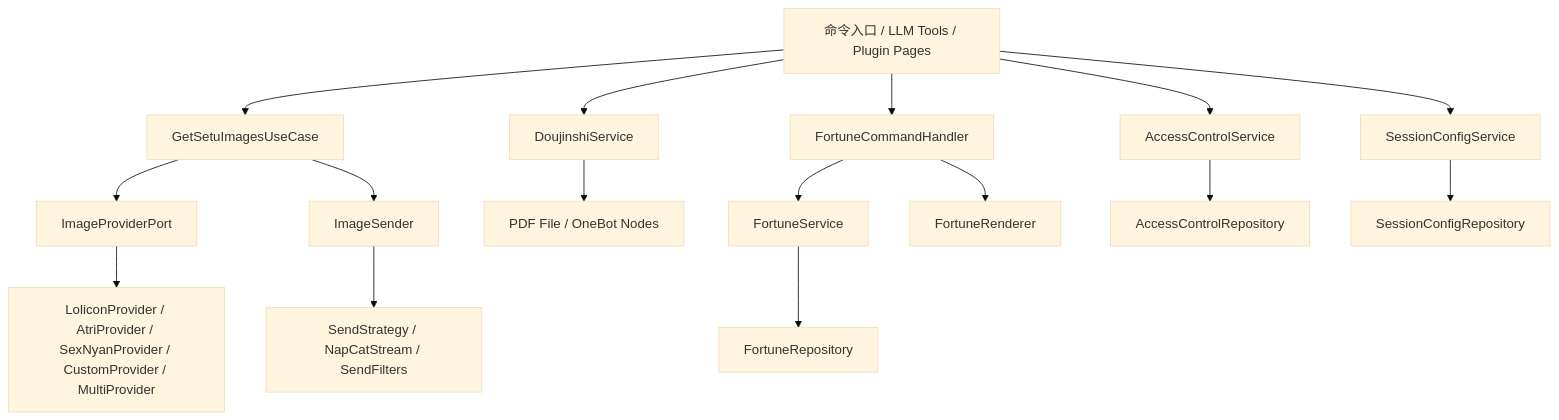
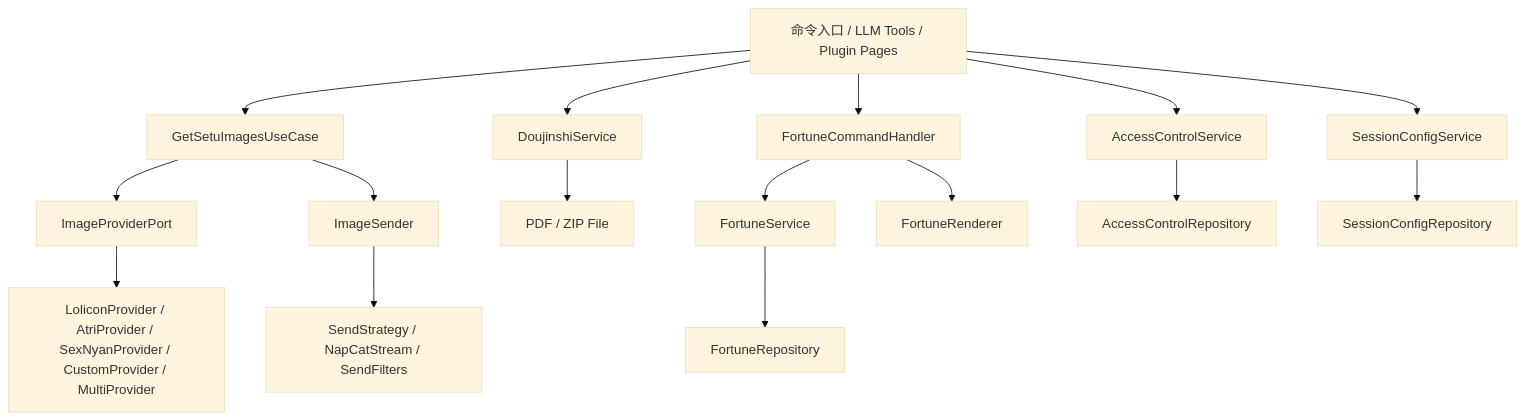
One commit to FlanChanXwO/astrbot_plugin_setu changed the diagram in docs/project/architecture.md. Above: the diagram before and after it, drawn with Mermaid (base theme). The commit also changed other lines of this file and 24 other files, not shown here.

````diff
--- a/docs/project/architecture.md
+++ b/docs/project/architecture.md
@@ -80,22 +80,22 @@
 ```mermaid
 flowchart TD
   A["命令入口 / LLM Tools / Plugin Pages"] --> B["GetSetuImagesUseCase"]
   A --> C["FortuneCommandHandler"]
   A --> D["AccessControlService"]
   A --> E["SessionConfigService"]
   A --> O["DoujinshiService"]
 
   B --> F["ImageProviderPort"]
   F --> G["LoliconProvider / AtriProvider / SexNyanProvider / CustomProvider / MultiProvider"]
   B --> H["ImageSender"]
   H --> I["SendStrategy / NapCatStream / SendFilters"]
-  O --> P["PDF File / OneBot Nodes"]
+  O --> P["PDF / ZIP File"]
 
   C --> J["FortuneService"]
   J --> K["FortuneRepository"]
   C --> L["FortuneRenderer"]
 
   D --> M["AccessControlRepository"]
 
   E --> N["SessionConfigRepository"]
 ```
````
